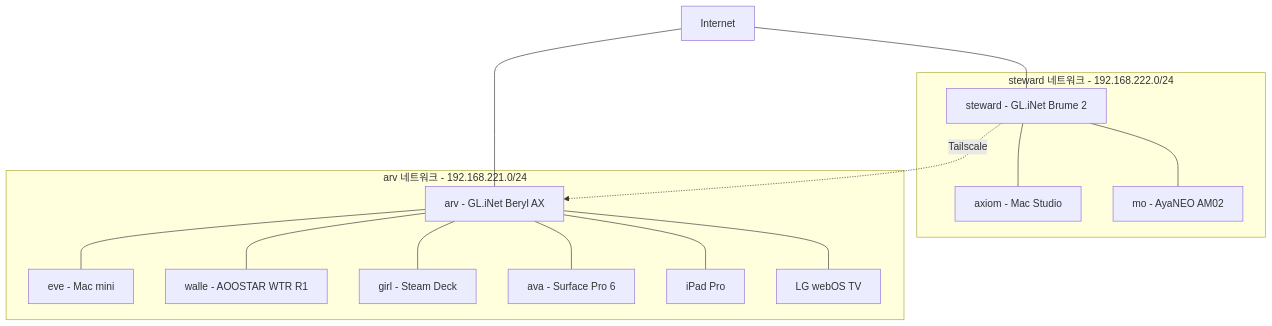
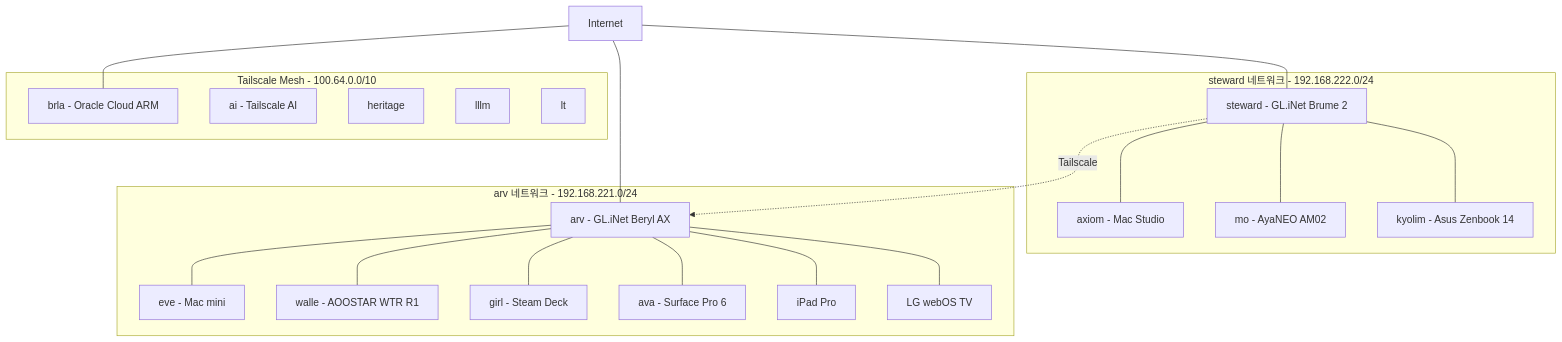
Before and after one commit to deuxksy/dotfiles: the diagram in README.md, drawn with Mermaid. The commit also changed other lines of this file, not shown here.

First line of the commit message:
docs: Tailscale peers 테이블 및 네트워크 토폴로지 갱신

````diff
--- a/README.md
+++ b/README.md
@@ -47,35 +47,46 @@
 ```mermaid
 graph TD
     INET[Internet]
 
     subgraph LOCATION_A[steward 네트워크 - 192.168.222.0/24]
         STEWARD[steward - GL.iNet Brume 2]
         AXIOM[axiom - Mac Studio]
         MO[mo - AyaNEO AM02]
+        KYOLIM[kyolim - Asus Zenbook 14]
     end
 
     subgraph LOCATION_B[arv 네트워크 - 192.168.221.0/24]
         ARV[arv - GL.iNet Beryl AX]
         EVE[eve - Mac mini]
         WALLE[walle - AOOSTAR WTR R1]
         GIRL[girl - Steam Deck]
         AVA[ava - Surface Pro 6]
         PAD[iPad Pro]
         TV[LG webOS TV]
     end
 
+    subgraph TS[Tailscale Mesh - 100.64.0.0/10]
+        BRLA[brla - Oracle Cloud ARM]
+        AI[ai - Tailscale AI]
+        HERITAGE[heritage]
+        LLLM[lllm]
+        LT[lt]
+    end
+
     INET --- STEWARD
     INET --- ARV
+    INET --- BRLA
 
     STEWARD --- AXIOM
     STEWARD --- MO
+    STEWARD --- KYOLIM
 
     ARV --- EVE
     ARV --- WALLE
     ARV --- GIRL
     ARV --- AVA
     ARV --- PAD
     ARV --- TV
 
     STEWARD -.->|Tailscale| ARV
 ```
````
